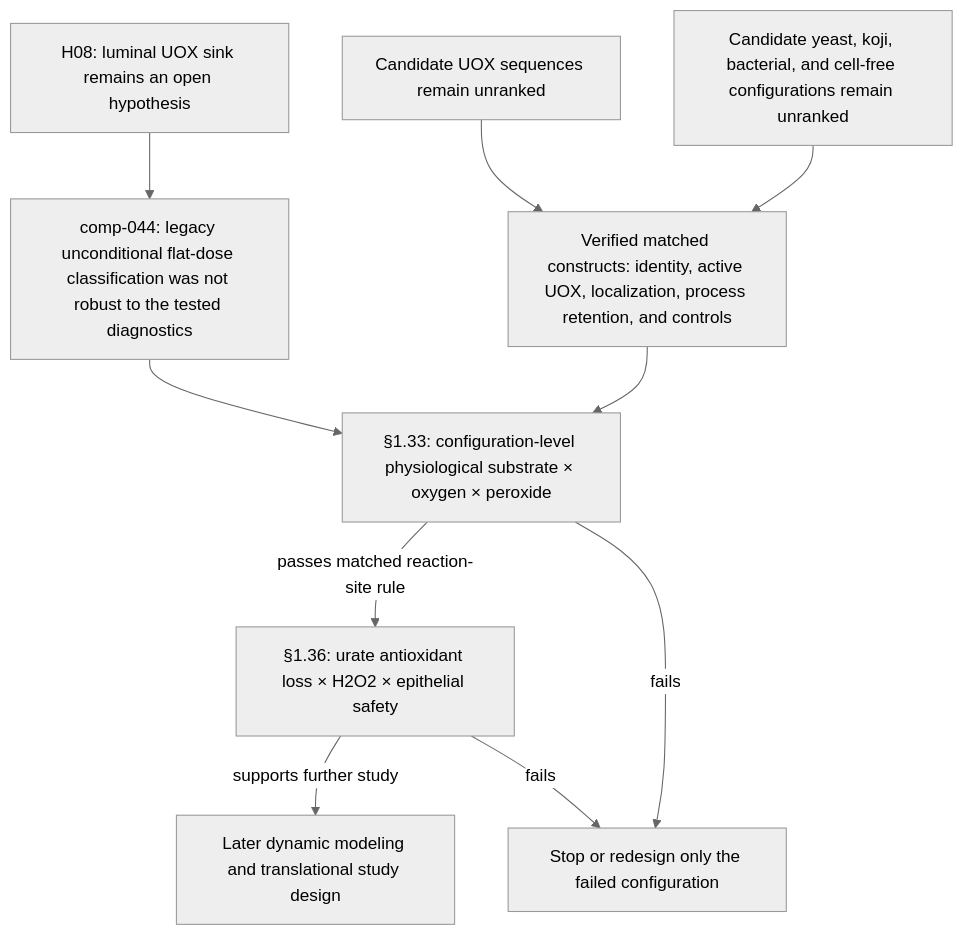
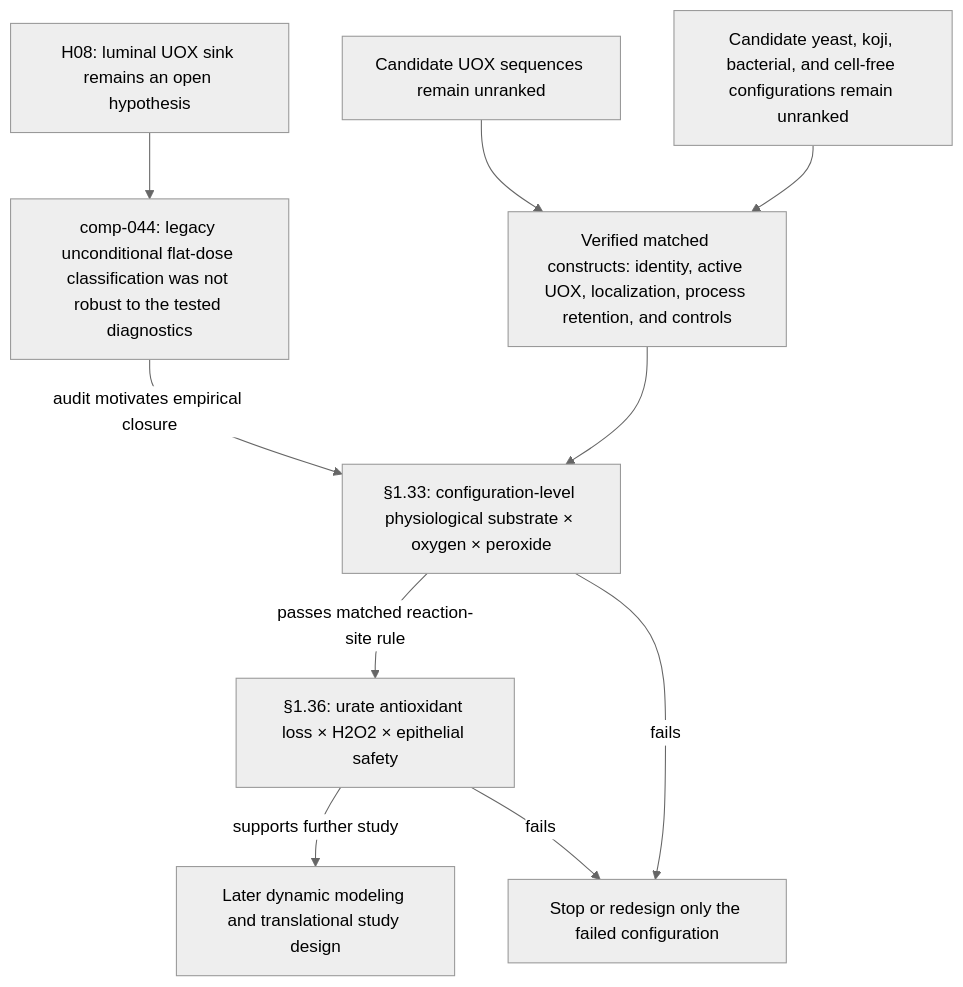
The second of 2 diagrams in wiki/etc/GRAPH.md (brianpabent/open-enzyme), drawn with Mermaid (neutral theme) before and after one commit. The commit also changed other lines of this file and 9 other files, not shown here.

````diff
--- a/wiki/etc/GRAPH.md
+++ b/wiki/etc/GRAPH.md
@@ -32,22 +32,22 @@
 ```mermaid
 flowchart TD
     H08["H08: luminal UOX sink remains an open hypothesis"]
     C44["comp-044: legacy unconditional flat-dose classification was not robust to the tested diagnostics"]
     V["Candidate UOX sequences remain unranked"]
     CH["Candidate yeast, koji, bacterial, and cell-free configurations remain unranked"]
     B["Verified matched constructs: identity, active UOX, localization, process retention, and controls"]
     G133["§1.33: configuration-level physiological substrate × oxygen × peroxide"]
     G136["§1.36: urate antioxidant loss × H2O2 × epithelial safety"]
     NEXT["Later dynamic modeling and translational study design"]
     REDIRECT["Stop or redesign only the failed configuration"]
 
     H08 --> C44
-    C44 --> G133
+    C44 -->|"audit motivates empirical closure"| G133
     V --> B
     CH --> B
     B --> G133
     G133 -->|"passes matched reaction-site rule"| G136
     G133 -->|"fails"| REDIRECT
     G136 -->|"supports further study"| NEXT
     G136 -->|"fails"| REDIRECT
 ```
````
